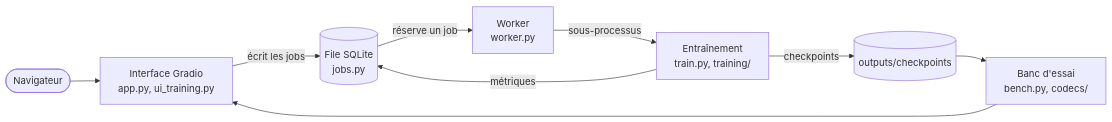
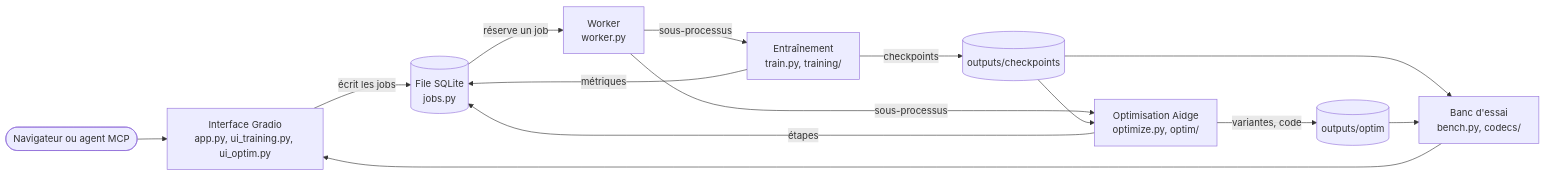
Before and after one commit to Aidge-in-space-hackathon/aidge-train: the first of 2 diagrams in README.md, drawn with Mermaid. The commit also changed other lines of this file, not shown here.

````diff
--- a/README.md
+++ b/README.md
@@ -146,11 +192,16 @@
 ```mermaid
 flowchart LR
-    U([Navigateur]) --> A["Interface Gradio<br/>app.py, ui_training.py"]
+    U([Navigateur ou agent MCP]) --> A["Interface Gradio<br/>app.py, ui_training.py, ui_optim.py"]
     A -- "écrit les jobs" --> Q[("File SQLite<br/>jobs.py")]
     Q -- "réserve un job" --> W["Worker<br/>worker.py"]
     W -- "sous-processus" --> T["Entraînement<br/>train.py, training/"]
+    W -- "sous-processus" --> O["Optimisation Aidge<br/>optimize.py, optim/"]
     T -- "métriques" --> Q
+    O -- "étapes" --> Q
     T -- "checkpoints" --> C[("outputs/checkpoints")]
+    C --> O
+    O -- "variantes, code" --> V[("outputs/optim")]
     C --> B["Banc d'essai<br/>bench.py, codecs/"]
+    V --> B
     B --> A
 ```
````
